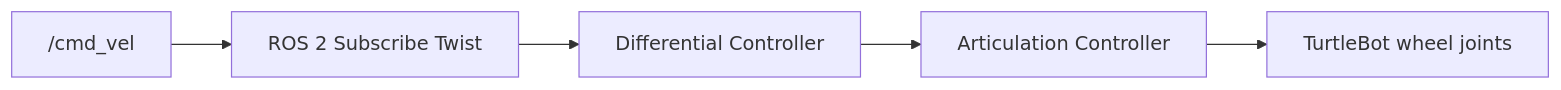
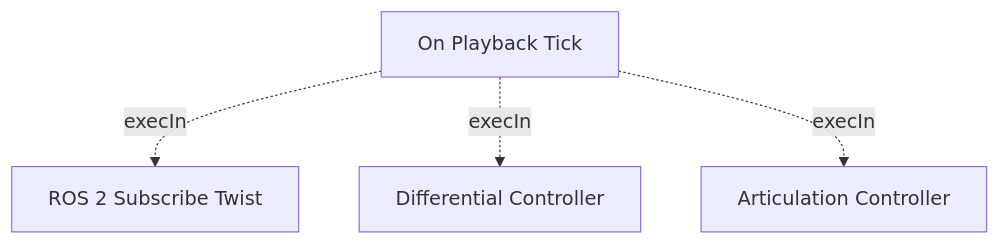
The fifth of 13 diagrams in _teaching/Robotics-Systems-I/labs/lab-03-isaac-sim/index.md (Tatwik19/Tatwik19.github.io), drawn with Mermaid before and after one commit. The commit also changed other lines of this file, not shown here.

````diff
--- a/_teaching/Robotics-Systems-I/labs/lab-03-isaac-sim/index.md
+++ b/_teaching/Robotics-Systems-I/labs/lab-03-isaac-sim/index.md
@@ -891,13 +1009,6 @@
 ```mermaid
-flowchart LR
-    Cmd["/cmd_vel"]
-    Twist["ROS 2 Subscribe Twist"]
-    Diff["Differential Controller"]
-    Articulation["Articulation Controller"]
-    Wheels["TurtleBot wheel joints"]
-
-    Cmd --> Twist
-    Twist --> Diff
-    Diff --> Articulation
-    Articulation --> Wheels
+flowchart TD
+    Tick["On Playback Tick"] -.->|"execIn"| Sub["ROS 2 Subscribe Twist"]
+    Tick -.->|"execIn"| Diff["Differential Controller"]
+    Tick -.->|"execIn"| Art["Articulation Controller"]
 ```
````
